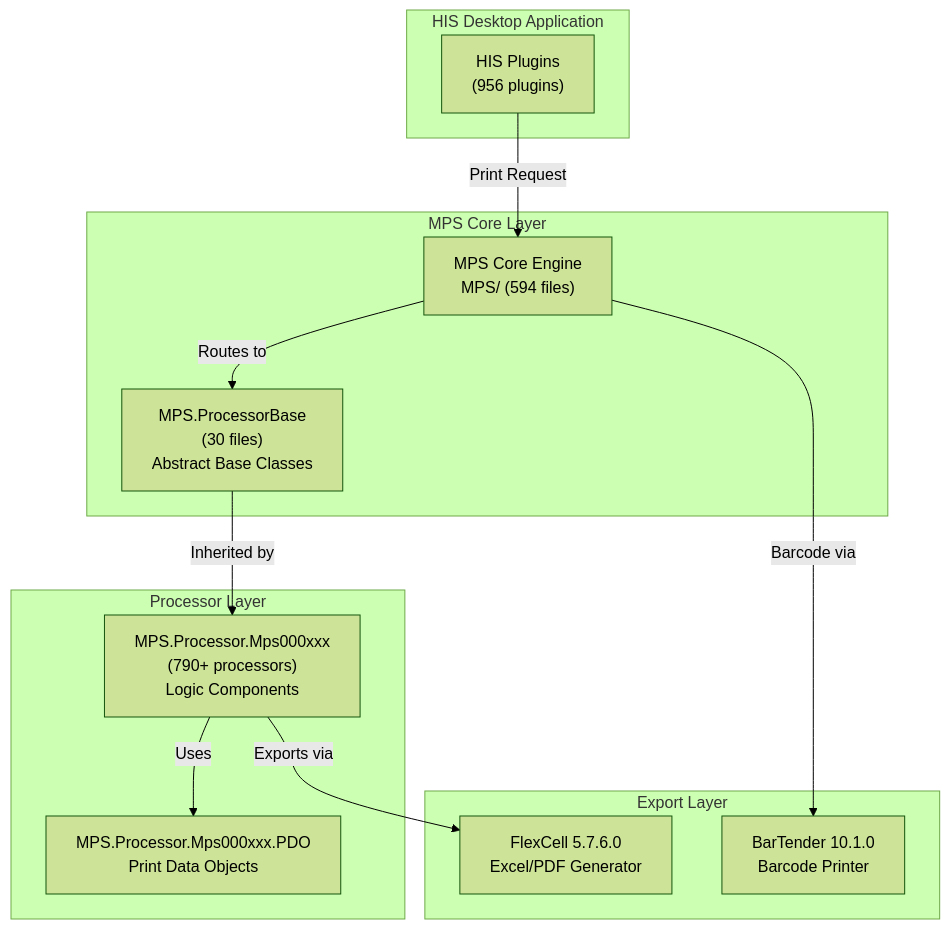
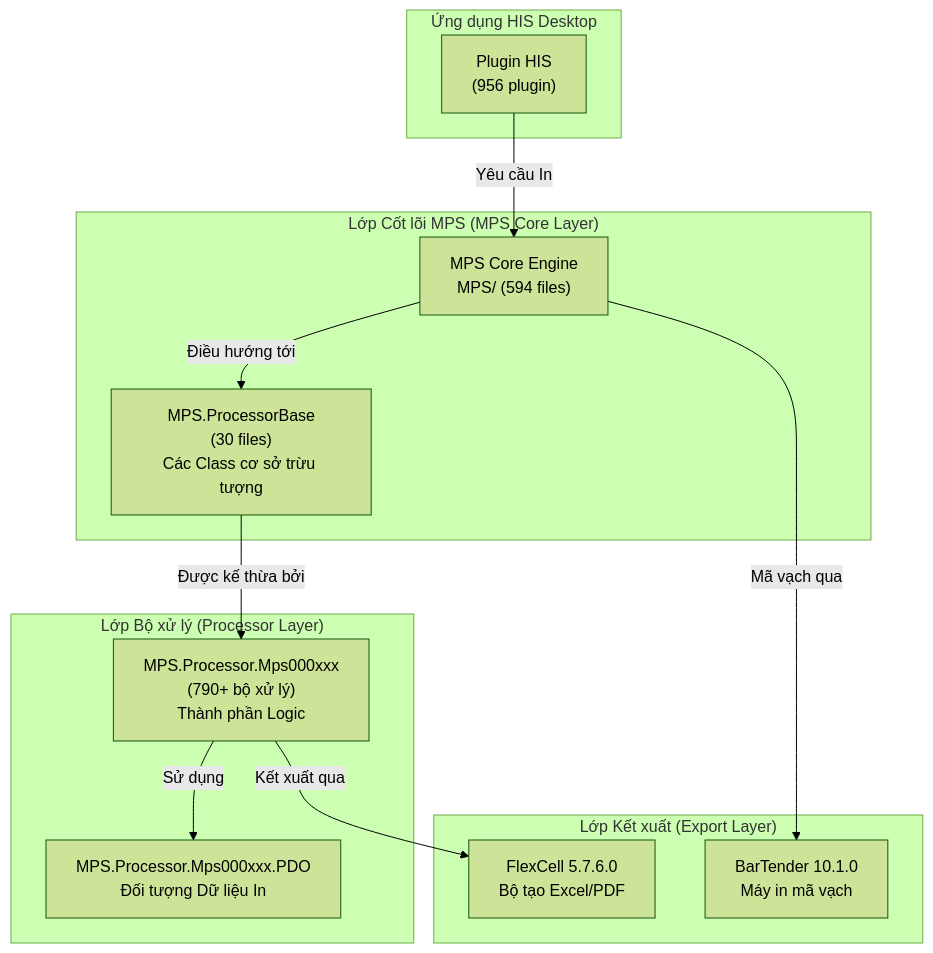
Before and after one commit to thangpnb/HIS: the tenth of 32 diagrams in docs/his-ba-documentation/04-integrations/notifications-events.md, drawn with Mermaid (forest theme). The commit also changed other lines of this file and 30 other files, not shown here.

Commit message:
Refactor architecture docs and update translations

````diff
--- a/docs/his-ba-documentation/04-integrations/notifications-events.md
+++ b/docs/his-ba-documentation/04-integrations/notifications-events.md
@@ -687,28 +684,28 @@
 ```mermaid
 graph TB
-    subgraph "HIS Desktop Application"
-        Plugins["HIS Plugins<br/>(956 plugins)"]
+    subgraph "Ứng dụng HIS Desktop"
+        Plugins["Plugin HIS<br/>(956 plugin)"]
     end
     
-    subgraph "MPS Core Layer"
+    subgraph "Lớp Cốt lõi MPS (MPS Core Layer)"
         MPSCore["MPS Core Engine<br/>MPS/ (594 files)"]
-        ProcessorBase["MPS.ProcessorBase<br/>(30 files)<br/>Abstract Base Classes"]
+        ProcessorBase["MPS.ProcessorBase<br/>(30 files)<br/>Các Class cơ sở trừu tượng"]
     end
     
-    subgraph "Processor Layer"
-        Processors["MPS.Processor.Mps000xxx<br/>(790+ processors)<br/>Logic Components"]
-        PDOs["MPS.Processor.Mps000xxx.PDO<br/>Print Data Objects"]
+    subgraph "Lớp Bộ xử lý (Processor Layer)"
+        Processors["MPS.Processor.Mps000xxx<br/>(790+ bộ xử lý)<br/>Thành phần Logic"]
+        PDOs["MPS.Processor.Mps000xxx.PDO<br/>Đối tượng Dữ liệu In"]
     end
     
-    subgraph "Export Layer"
-        FlexCell["FlexCell 5.7.6.0<br/>Excel/PDF Generator"]
-        BarTender["BarTender 10.1.0<br/>Barcode Printer"]
+    subgraph "Lớp Kết xuất (Export Layer)"
+        FlexCell["FlexCell 5.7.6.0<br/>Bộ tạo Excel/PDF"]
+        BarTender["BarTender 10.1.0<br/>Máy in mã vạch"]
     end
     
-    Plugins -->|"Print Request"| MPSCore
-    MPSCore -->|"Routes to"| ProcessorBase
-    ProcessorBase -->|"Inherited by"| Processors
-    Processors -->|"Uses"| PDOs
-    Processors -->|"Exports via"| FlexCell
-    MPSCore -->|"Barcode via"| BarTender
+    Plugins -->|"Yêu cầu In"| MPSCore
+    MPSCore -->|"Điều hướng tới"| ProcessorBase
+    ProcessorBase -->|"Được kế thừa bởi"| Processors
+    Processors -->|"Sử dụng"| PDOs
+    Processors -->|"Kết xuất qua"| FlexCell
+    MPSCore -->|"Mã vạch qua"| BarTender
 ```
````
